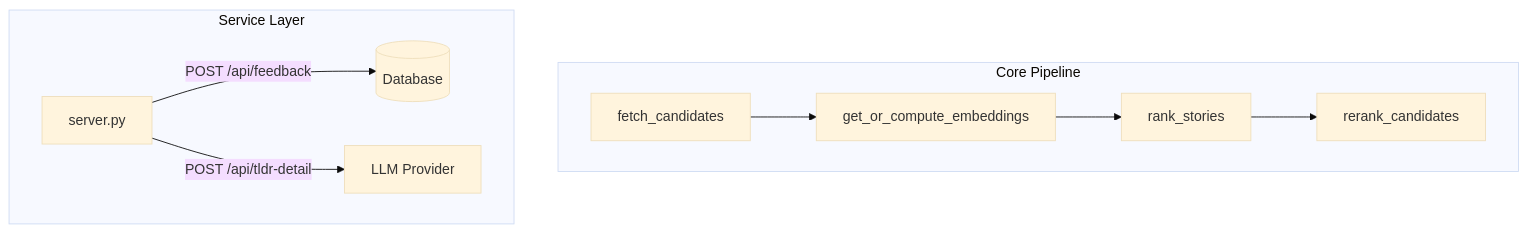
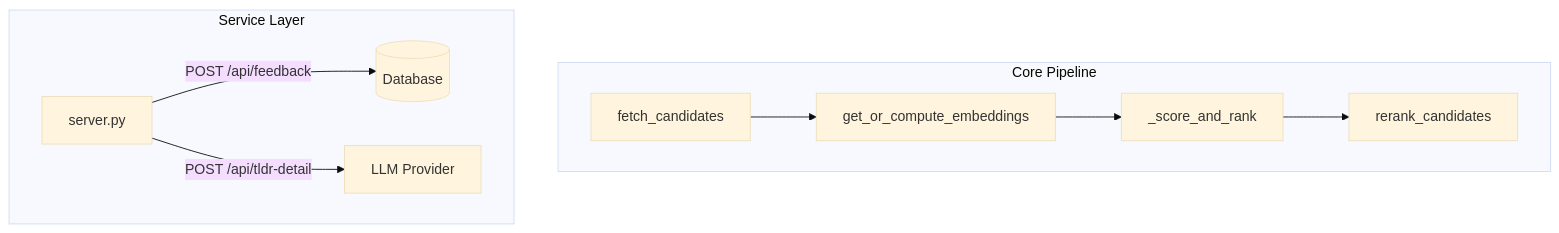
Before and after one commit to djv/hn-rerank-v2: the diagram in ARCHITECTURE.md, drawn with Mermaid (base theme). The commit also changed other lines of this file and 16 other files, not shown here.

````diff
--- a/ARCHITECTURE.md
+++ b/ARCHITECTURE.md
@@ -11,13 +11,13 @@
 ```mermaid
 graph TD
     subgraph Core Pipeline
         A[fetch_candidates] --> B[get_or_compute_embeddings]
-        B --> C[rank_stories]
+        B --> C[_score_and_rank]
         C --> D[rerank_candidates]
     end
 
     subgraph Service Layer
         F[server.py] -->|POST /api/feedback| G[(Database)]
         F -->|POST /api/tldr-detail| H[LLM Provider]
     end
 ```
````
